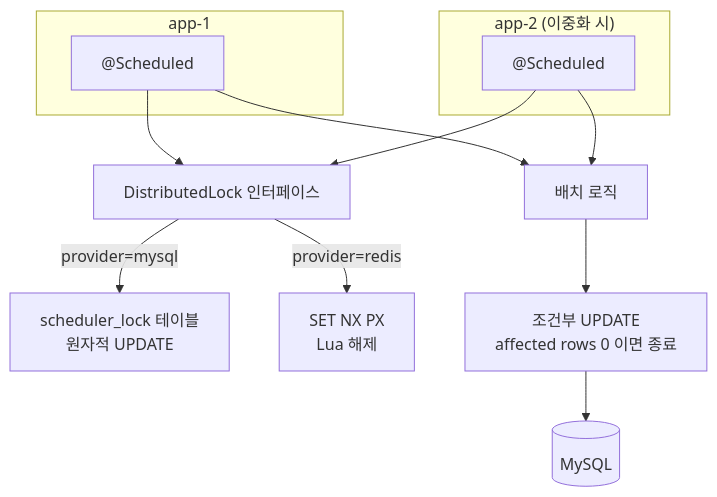
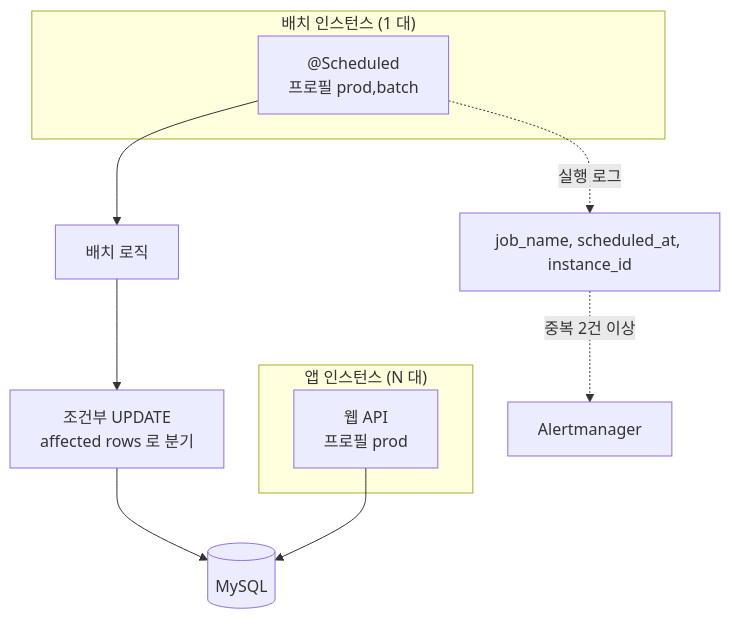
The eighth of 10 diagrams in docs/system-design/백엔드공통_시스템디자인_종합.md (LGU-2/infra), drawn with Mermaid before and after one commit. The commit also changed other lines of this file and 13 other files, not shown here.

````diff
--- a/docs/system-design/백엔드공통_시스템디자인_종합.md
+++ b/docs/system-design/백엔드공통_시스템디자인_종합.md
@@ -386,19 +387,16 @@
 ```mermaid
 graph TB
-    subgraph app1["app-1"]
-        SCH1["@Scheduled"]
+    subgraph app["앱 인스턴스 (N 대)"]
+        API["웹 API<br/>프로필 prod"]
     end
-    subgraph app2["app-2 (이중화 시)"]
-        SCH2["@Scheduled"]
+    subgraph batch["배치 인스턴스 (1 대)"]
+        SCH["@Scheduled<br/>프로필 prod,batch"]
     end
 
-    SCH1 --> LOCK["DistributedLock 인터페이스"]
-    SCH2 --> LOCK
-    LOCK -->|provider=mysql| ML["scheduler_lock 테이블<br/>원자적 UPDATE"]
-    LOCK -->|provider=redis| RL["SET NX PX<br/>Lua 해제"]
-
-    SCH1 --> JOB["배치 로직"]
-    SCH2 --> JOB
-    JOB --> COND["조건부 UPDATE<br/>affected rows 0 이면 종료"]
-    COND --> DB[("MySQL")]
+    SCH --> JOB["배치 로직"]
+    JOB --> UPD["조건부 UPDATE<br/>affected rows 로 분기"]
+    UPD --> DB[("MySQL")]
+    API --> DB
+    SCH -.실행 로그.-> LOG["job_name, scheduled_at, instance_id"]
+    LOG -.중복 2건 이상.-> ALERT["Alertmanager"]
 ```
````
